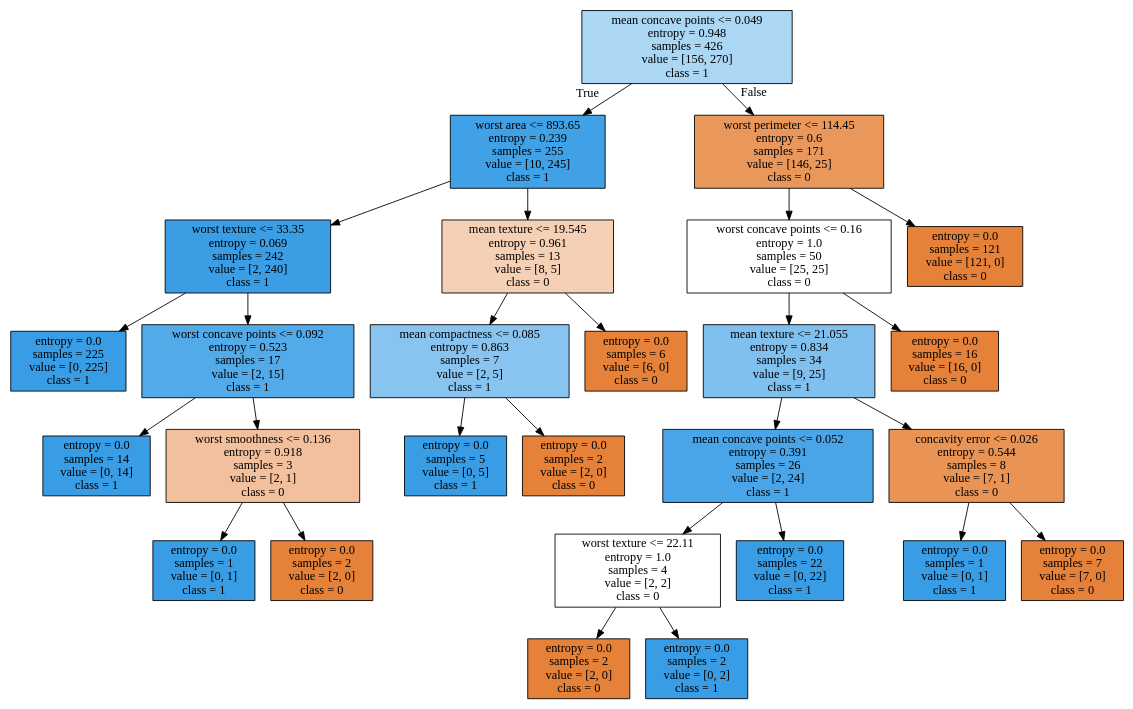
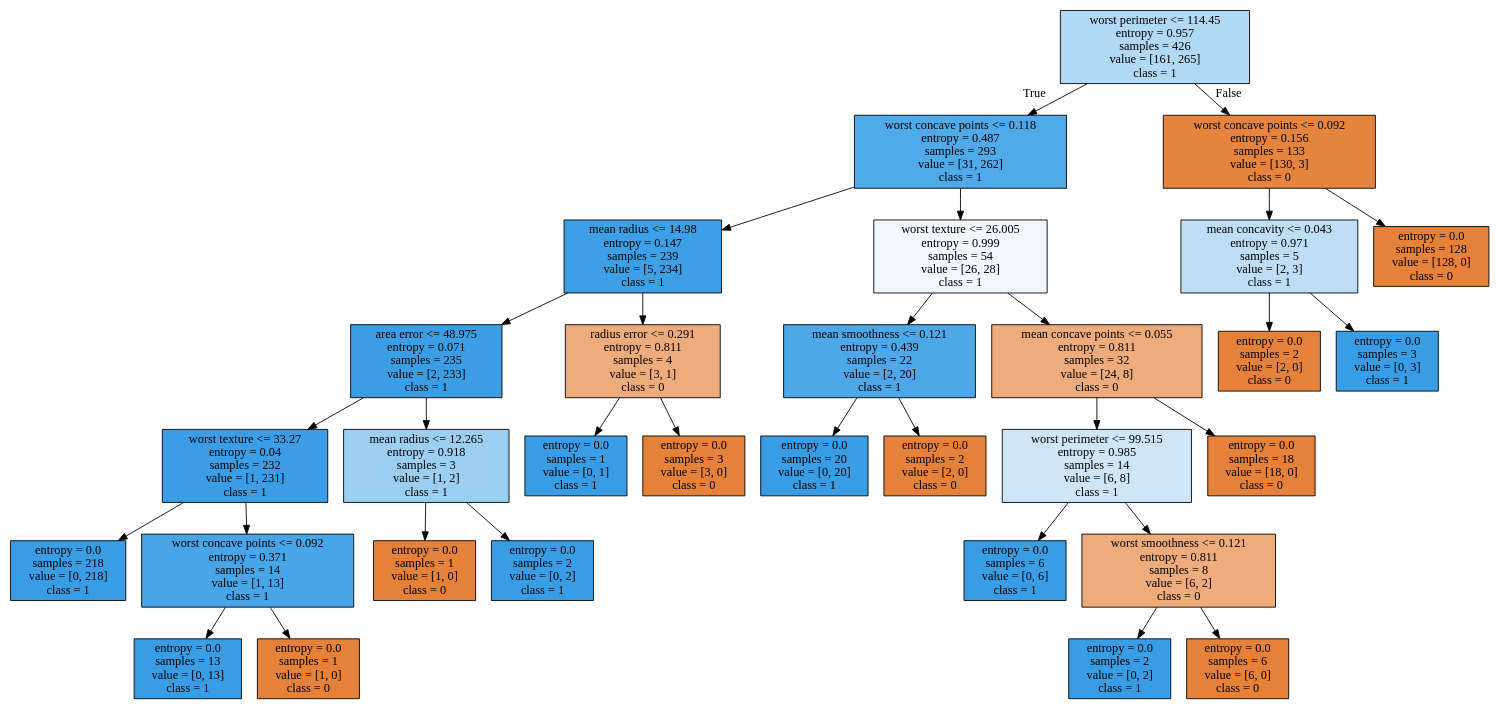
One commit to allyryry/3950_Workbooks changed the diagram in tree.dot. Above: the diagram before and after it, drawn with Graphviz. The commit also changed 2 other files, not shown here.

```diff
--- a/tree.dot
+++ b/tree.dot
@@ -1,56 +1,64 @@
 digraph Tree {
 node [shape=box, style="filled", color="black"] ;
-0 [label="mean concave points <= 0.049\nentropy = 0.948\nsamples = 426\nvalue = [156, 270]\nclass = 1", fillcolor="#abd6f4"] ;
-1 [label="worst area <= 893.65\nentropy = 0.239\nsamples = 255\nvalue = [10, 245]\nclass = 1", fillcolor="#41a1e6"] ;
+0 [label="worst perimeter <= 114.45\nentropy = 0.957\nsamples = 426\nvalue = [161, 265]\nclass = 1", fillcolor="#b1d9f5"] ;
+1 [label="worst concave points <= 0.118\nentropy = 0.487\nsamples = 293\nvalue = [31, 262]\nclass = 1", fillcolor="#50a9e8"] ;
 0 -> 1 [labeldistance=2.5, labelangle=45, headlabel="True"] ;
-2 [label="worst texture <= 33.35\nentropy = 0.069\nsamples = 242\nvalue = [2, 240]\nclass = 1", fillcolor="#3b9ee5"] ;
+2 [label="mean radius <= 14.98\nentropy = 0.147\nsamples = 239\nvalue = [5, 234]\nclass = 1", fillcolor="#3d9fe6"] ;
 1 -> 2 ;
-3 [label="entropy = 0.0\nsamples = 225\nvalue = [0, 225]\nclass = 1", fillcolor="#399de5"] ;
+3 [label="area error <= 48.975\nentropy = 0.071\nsamples = 235\nvalue = [2, 233]\nclass = 1", fillcolor="#3b9ee5"] ;
 2 -> 3 ;
-4 [label="worst concave points <= 0.092\nentropy = 0.523\nsamples = 17\nvalue = [2, 15]\nclass = 1", fillcolor="#53aae8"] ;
-2 -> 4 ;
-5 [label="entropy = 0.0\nsamples = 14\nvalue = [0, 14]\nclass = 1", fillcolor="#399de5"] ;
+4 [label="worst texture <= 33.27\nentropy = 0.04\nsamples = 232\nvalue = [1, 231]\nclass = 1", fillcolor="#3a9de5"] ;
+3 -> 4 ;
+5 [label="entropy = 0.0\nsamples = 218\nvalue = [0, 218]\nclass = 1", fillcolor="#399de5"] ;
 4 -> 5 ;
-6 [label="worst smoothness <= 0.136\nentropy = 0.918\nsamples = 3\nvalue = [2, 1]\nclass = 0", fillcolor="#f2c09c"] ;
+6 [label="worst concave points <= 0.092\nentropy = 0.371\nsamples = 14\nvalue = [1, 13]\nclass = 1", fillcolor="#48a5e7"] ;
 4 -> 6 ;
-7 [label="entropy = 0.0\nsamples = 1\nvalue = [0, 1]\nclass = 1", fillcolor="#399de5"] ;
+7 [label="entropy = 0.0\nsamples = 13\nvalue = [0, 13]\nclass = 1", fillcolor="#399de5"] ;
 6 -> 7 ;
-8 [label="entropy = 0.0\nsamples = 2\nvalue = [2, 0]\nclass = 0", fillcolor="#e58139"] ;
+8 [label="entropy = 0.0\nsamples = 1\nvalue = [1, 0]\nclass = 0", fillcolor="#e58139"] ;
 6 -> 8 ;
-9 [label="mean texture <= 19.545\nentropy = 0.961\nsamples = 13\nvalue = [8, 5]\nclass = 0", fillcolor="#f5d0b5"] ;
-1 -> 9 ;
-10 [label="mean compactness <= 0.085\nentropy = 0.863\nsamples = 7\nvalue = [2, 5]\nclass = 1", fillcolor="#88c4ef"] ;
+9 [label="mean radius <= 12.265\nentropy = 0.918\nsamples = 3\nvalue = [1, 2]\nclass = 1", fillcolor="#9ccef2"] ;
+3 -> 9 ;
+10 [label="entropy = 0.0\nsamples = 1\nvalue = [1, 0]\nclass = 0", fillcolor="#e58139"] ;
 9 -> 10 ;
-11 [label="entropy = 0.0\nsamples = 5\nvalue = [0, 5]\nclass = 1", fillcolor="#399de5"] ;
-10 -> 11 ;
-12 [label="entropy = 0.0\nsamples = 2\nvalue = [2, 0]\nclass = 0", fillcolor="#e58139"] ;
-10 -> 12 ;
-13 [label="entropy = 0.0\nsamples = 6\nvalue = [6, 0]\nclass = 0", fillcolor="#e58139"] ;
-9 -> 13 ;
-14 [label="worst perimeter <= 114.45\nentropy = 0.6\nsamples = 171\nvalue = [146, 25]\nclass = 0", fillcolor="#e9975b"] ;
-0 -> 14 [labeldistance=2.5, labelangle=-45, headlabel="False"] ;
-15 [label="worst concave points <= 0.16\nentropy = 1.0\nsamples = 50\nvalue = [25, 25]\nclass = 0", fillcolor="#ffffff"] ;
-14 -> 15 ;
-16 [label="mean texture <= 21.055\nentropy = 0.834\nsamples = 34\nvalue = [9, 25]\nclass = 1", fillcolor="#80c0ee"] ;
+11 [label="entropy = 0.0\nsamples = 2\nvalue = [0, 2]\nclass = 1", fillcolor="#399de5"] ;
+9 -> 11 ;
+12 [label="radius error <= 0.291\nentropy = 0.811\nsamples = 4\nvalue = [3, 1]\nclass = 0", fillcolor="#eeab7b"] ;
+2 -> 12 ;
+13 [label="entropy = 0.0\nsamples = 1\nvalue = [0, 1]\nclass = 1", fillcolor="#399de5"] ;
+12 -> 13 ;
+14 [label="entropy = 0.0\nsamples = 3\nvalue = [3, 0]\nclass = 0", fillcolor="#e58139"] ;
+12 -> 14 ;
+15 [label="worst texture <= 26.005\nentropy = 0.999\nsamples = 54\nvalue = [26, 28]\nclass = 1", fillcolor="#f1f8fd"] ;
+1 -> 15 ;
+16 [label="mean smoothness <= 0.121\nentropy = 0.439\nsamples = 22\nvalue = [2, 20]\nclass = 1", fillcolor="#4da7e8"] ;
 15 -> 16 ;
-17 [label="mean concave points <= 0.052\nentropy = 0.391\nsamples = 26\nvalue = [2, 24]\nclass = 1", fillcolor="#49a5e7"] ;
+17 [label="entropy = 0.0\nsamples = 20\nvalue = [0, 20]\nclass = 1", fillcolor="#399de5"] ;
 16 -> 17 ;
-18 [label="worst texture <= 22.11\nentropy = 1.0\nsamples = 4\nvalue = [2, 2]\nclass = 0", fillcolor="#ffffff"] ;
-17 -> 18 ;
-19 [label="entropy = 0.0\nsamples = 2\nvalue = [2, 0]\nclass = 0", fillcolor="#e58139"] ;
-18 -> 19 ;
-20 [label="entropy = 0.0\nsamples = 2\nvalue = [0, 2]\nclass = 1", fillcolor="#399de5"] ;
-18 -> 20 ;
-21 [label="entropy = 0.0\nsamples = 22\nvalue = [0, 22]\nclass = 1", fillcolor="#399de5"] ;
-17 -> 21 ;
-22 [label="concavity error <= 0.026\nentropy = 0.544\nsamples = 8\nvalue = [7, 1]\nclass = 0", fillcolor="#e99355"] ;
-16 -> 22 ;
-23 [label="entropy = 0.0\nsamples = 1\nvalue = [0, 1]\nclass = 1", fillcolor="#399de5"] ;
+18 [label="entropy = 0.0\nsamples = 2\nvalue = [2, 0]\nclass = 0", fillcolor="#e58139"] ;
+16 -> 18 ;
+19 [label="mean concave points <= 0.055\nentropy = 0.811\nsamples = 32\nvalue = [24, 8]\nclass = 0", fillcolor="#eeab7b"] ;
+15 -> 19 ;
+20 [label="worst perimeter <= 99.515\nentropy = 0.985\nsamples = 14\nvalue = [6, 8]\nclass = 1", fillcolor="#cee6f8"] ;
+19 -> 20 ;
+21 [label="entropy = 0.0\nsamples = 6\nvalue = [0, 6]\nclass = 1", fillcolor="#399de5"] ;
+20 -> 21 ;
+22 [label="worst smoothness <= 0.121\nentropy = 0.811\nsamples = 8\nvalue = [6, 2]\nclass = 0", fillcolor="#eeab7b"] ;
+20 -> 22 ;
+23 [label="entropy = 0.0\nsamples = 2\nvalue = [0, 2]\nclass = 1", fillcolor="#399de5"] ;
 22 -> 23 ;
-24 [label="entropy = 0.0\nsamples = 7\nvalue = [7, 0]\nclass = 0", fillcolor="#e58139"] ;
+24 [label="entropy = 0.0\nsamples = 6\nvalue = [6, 0]\nclass = 0", fillcolor="#e58139"] ;
 22 -> 24 ;
-25 [label="entropy = 0.0\nsamples = 16\nvalue = [16, 0]\nclass = 0", fillcolor="#e58139"] ;
-15 -> 25 ;
-26 [label="entropy = 0.0\nsamples = 121\nvalue = [121, 0]\nclass = 0", fillcolor="#e58139"] ;
-14 -> 26 ;
+25 [label="entropy = 0.0\nsamples = 18\nvalue = [18, 0]\nclass = 0", fillcolor="#e58139"] ;
+19 -> 25 ;
+26 [label="worst concave points <= 0.092\nentropy = 0.156\nsamples = 133\nvalue = [130, 3]\nclass = 0", fillcolor="#e6843e"] ;
+0 -> 26 [labeldistance=2.5, labelangle=-45, headlabel="False"] ;
+27 [label="mean concavity <= 0.043\nentropy = 0.971\nsamples = 5\nvalue = [2, 3]\nclass = 1", fillcolor="#bddef6"] ;
+26 -> 27 ;
+28 [label="entropy = 0.0\nsamples = 2\nvalue = [2, 0]\nclass = 0", fillcolor="#e58139"] ;
+27 -> 28 ;
+29 [label="entropy = 0.0\nsamples = 3\nvalue = [0, 3]\nclass = 1", fillcolor="#399de5"] ;
+27 -> 29 ;
+30 [label="entropy = 0.0\nsamples = 128\nvalue = [128, 0]\nclass = 0", fillcolor="#e58139"] ;
+26 -> 30 ;
 }
```
